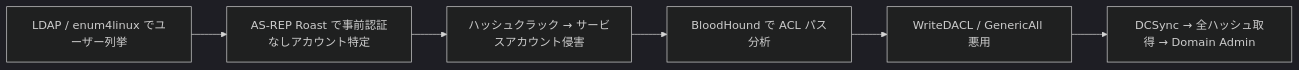
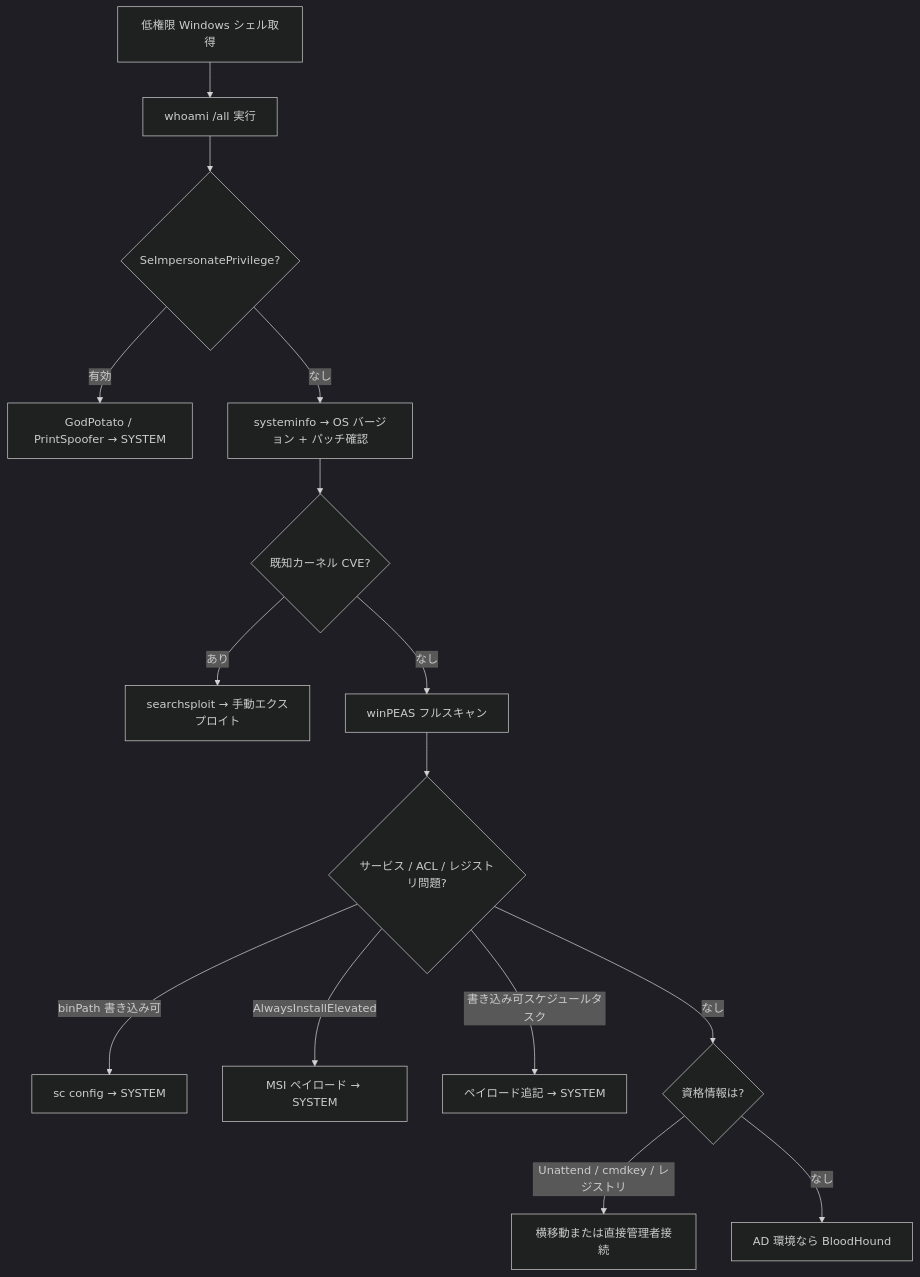
One commit to morimori-dev/morimori-dev.github.io changed the seventh of 7 diagrams in _posts/2026-03-06-tech-windows-privesc-summary-ja.md. Above: the diagram before and after it, drawn with Mermaid (dark theme). The commit also changed other lines of this file and 1 other file, not shown here.

First line of the commit message:
Revise Windows privesc summary: full PG coverage + OSCP focus

````diff
--- a/_posts/2026-03-06-tech-windows-privesc-summary-ja.md
+++ b/_posts/2026-03-06-tech-windows-privesc-summary-ja.md
@@ -413,8 +389,17 @@
 ```mermaid
-flowchart LR
-    A[LDAP / enum4linux でユーザー列挙] --> B[AS-REP Roast で事前認証なしアカウント特定]
-    B --> C[ハッシュクラック → サービスアカウント侵害]
-    C --> D[BloodHound で ACL パス分析]
-    D --> E[WriteDACL / GenericAll 悪用]
-    E --> F[DCSync → 全ハッシュ取得 → Domain Admin]
+flowchart TD
+    A[低権限 Windows シェル取得] --> B[whoami /all 実行]
+    B --> C{SeImpersonatePrivilege?}
+    C -->|有効| D[GodPotato / PrintSpoofer → SYSTEM]
+    C -->|なし| E[systeminfo → OS バージョン + パッチ確認]
+    E --> F{既知カーネル CVE?}
+    F -->|あり| G[searchsploit → 手動エクスプロイト]
+    F -->|なし| H[winPEAS フルスキャン]
+    H --> I{サービス / ACL / レジストリ問題?}
+    I -->|binPath 書き込み可| J[sc config → SYSTEM]
+    I -->|AlwaysInstallElevated| K[MSI ペイロード → SYSTEM]
+    I -->|書き込み可スケジュールタスク| L[ペイロード追記 → SYSTEM]
+    I -->|なし| M{資格情報は?}
+    M -->|Unattend / cmdkey / レジストリ| N[横移動または直接管理者接続]
+    M -->|なし| O[AD 環境なら BloodHound]
 ```
````
